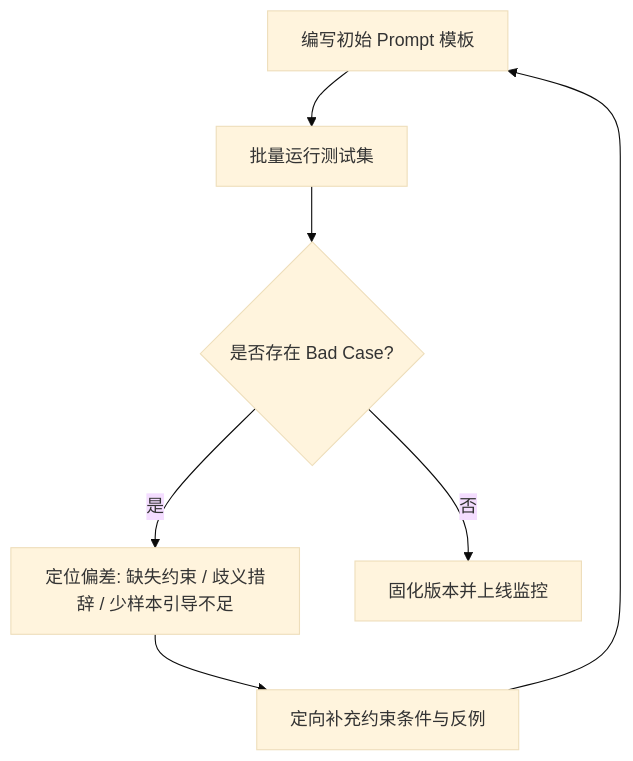
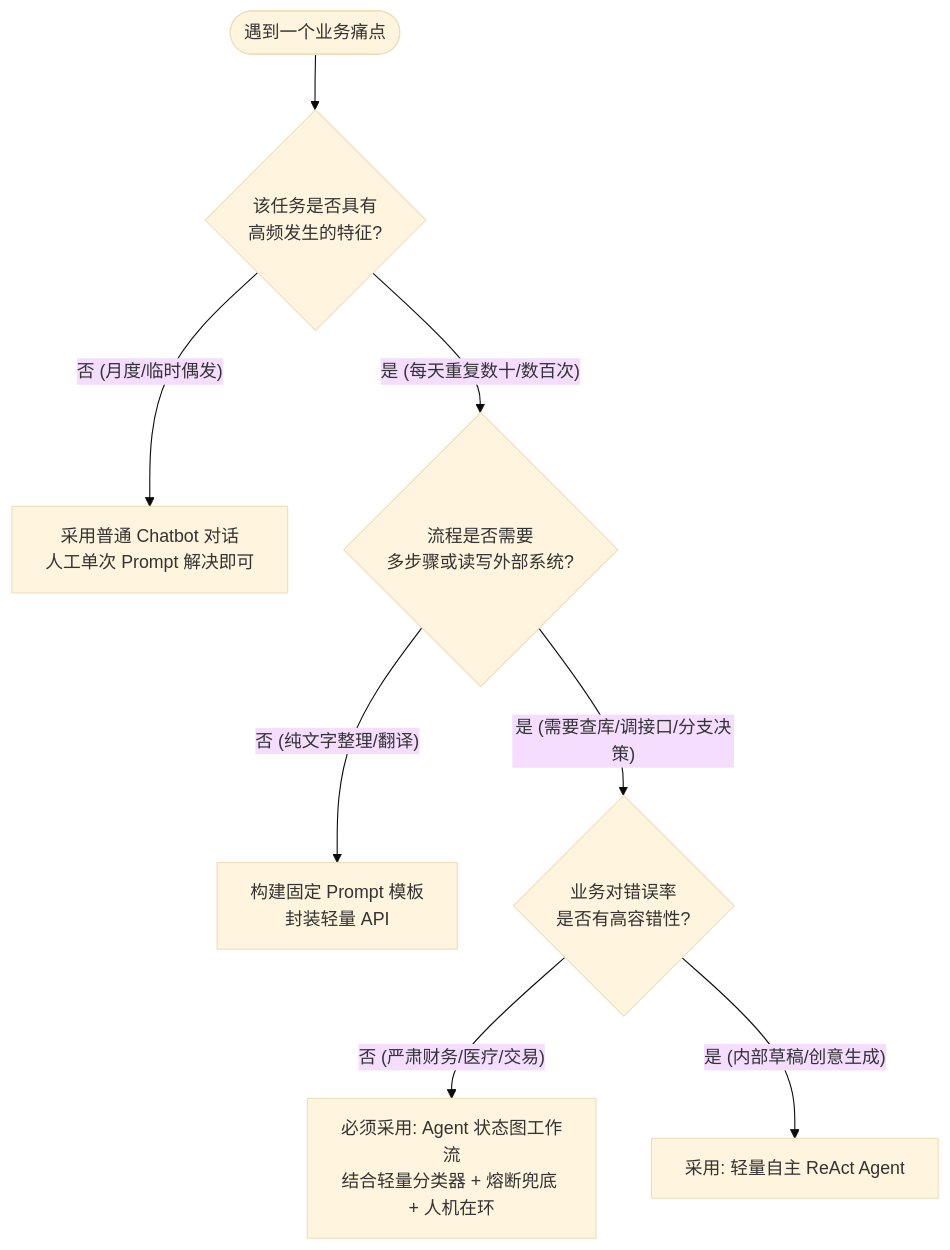
The second of 2 diagrams in 网盘交付资料包/02_Markdown全套源码与分章文档/01-mindset.md (zackzhangkai/ai-agent-tutorial), drawn with Mermaid (base theme) before and after one commit. The commit also changed other lines of this file and 82 other files, not shown here.

````diff
--- a/网盘交付资料包/02_Markdown全套源码与分章文档/01-mindset.md
+++ b/网盘交付资料包/02_Markdown全套源码与分章文档/01-mindset.md
@@ -111,9 +74,10 @@
 ```mermaid
 flowchart TD
-    P1[编写初始 Prompt 模板] --> P2[批量运行测试集]
-    P2 --> P3{是否存在 Bad Case?}
-    P3 -- 是 --> P4[定位偏差: 缺失约束 / 歧义措辞 / 少样本引导不足]
-    P4 --> P5[定向补充约束条件与反例]
-    P5 --> P1
-    P3 -- 否 --> P6[固化版本并上线监控]
+    Start([遇到一个业务痛点]) --> Q1{该任务是否具有\n高频发生的特征?}
+    Q1 -- 否 (月度/临时偶发) --> PlanA[采用普通 Chatbot 对话\n人工单次 Prompt 解决即可]
+    Q1 -- 是 (每天重复数十/数百次) --> Q2{流程是否需要\n多步骤或读写外部系统?}
+    Q2 -- 否 (纯文字整理/翻译) --> PlanB[构建固定 Prompt 模板\n封装轻量 API]
+    Q2 -- 是 (需要查库/调接口/分支决策) --> Q3{业务对错误率\n是否有高容错性?}
+    Q3 -- 否 (严肃财务/医疗/交易) --> PlanC[必须采用: Agent 状态图工作流\n结合轻量分类器 + 熔断兜底 + 人机在环]
+    Q3 -- 是 (内部草稿/创意生成) --> PlanD[采用: 轻量自主 ReAct Agent]
 ```
````
